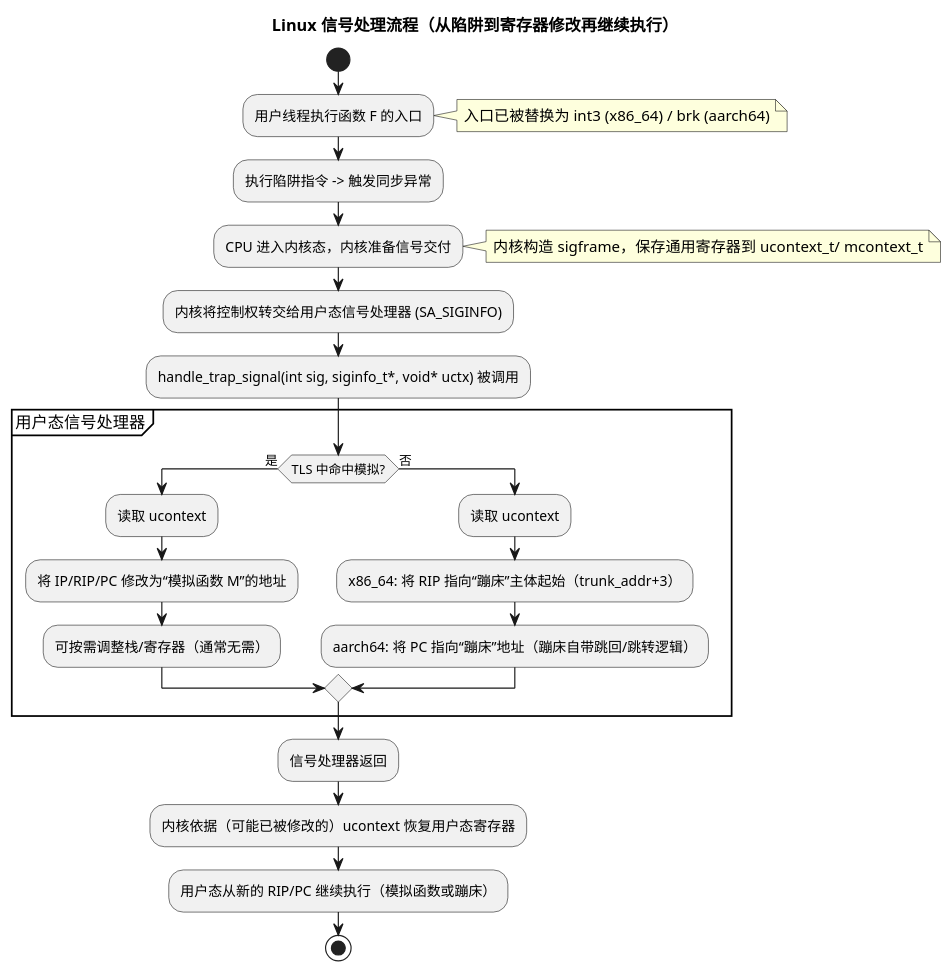
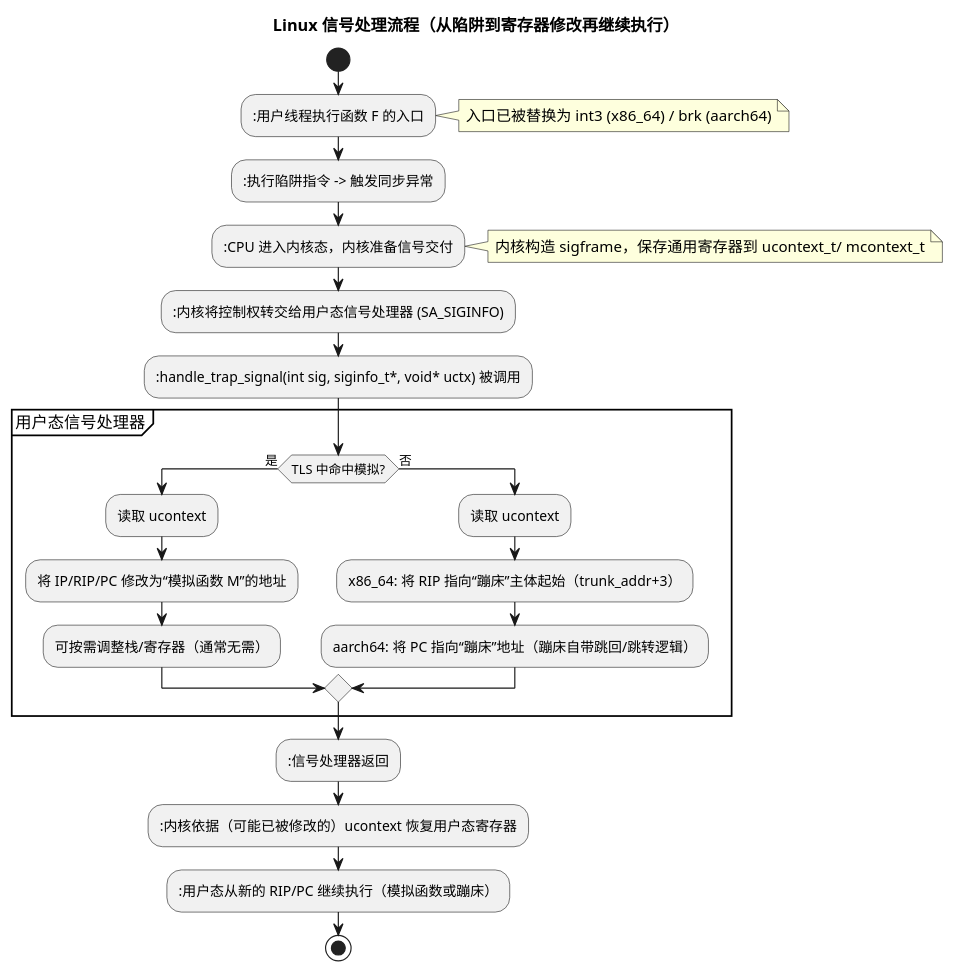
The third of 6 diagrams in doc/方案介绍-mockrs-超越Trait的自由函数模拟与线程安全.md (skyfireitdiy/mockrs), drawn with PlantUML before and after one commit. The commit also changed other lines of this file, not shown here.

````diff
--- a/doc/方案介绍-mockrs-超越Trait的自由函数模拟与线程安全.md
+++ b/doc/方案介绍-mockrs-超越Trait的自由函数模拟与线程安全.md
@@ -171,34 +171,34 @@
 ```plantuml
 @startuml
 title Linux 信号处理流程（从陷阱到寄存器修改再继续执行）
 
 start
-:用户线程执行函数 F 的入口;
+::用户线程执行函数 F 的入口;
 note right: 入口已被替换为 int3 (x86_64) / brk (aarch64)
 
-:执行陷阱指令 -> 触发同步异常;
-:CPU 进入内核态，内核准备信号交付;
+::执行陷阱指令 -> 触发同步异常;
+::CPU 进入内核态，内核准备信号交付;
 note right: 内核构造 sigframe，保存通用寄存器到 ucontext_t/ mcontext_t
 
-:内核将控制权转交给用户态信号处理器 (SA_SIGINFO);
-:handle_trap_signal(int sig, siginfo_t*, void* uctx) 被调用;
+::内核将控制权转交给用户态信号处理器 (SA_SIGINFO);
+::handle_trap_signal(int sig, siginfo_t*, void* uctx) 被调用;
 
 partition "用户态信号处理器" {
   if (TLS 中命中模拟?) then (是)
     :读取 ucontext;
     :将 IP/RIP/PC 修改为“模拟函数 M”的地址;
     :可按需调整栈/寄存器（通常无需）;
   else (否)
     :读取 ucontext;
     :x86_64: 将 RIP 指向“蹦床”主体起始（trunk_addr+3）;
     :aarch64: 将 PC 指向“蹦床”地址（蹦床自带跳回/跳转逻辑）;
   endif
 }
 
-:信号处理器返回;
-:内核依据（可能已被修改的）ucontext 恢复用户态寄存器;
-:用户态从新的 RIP/PC 继续执行（模拟函数或蹦床）;
+::信号处理器返回;
+::内核依据（可能已被修改的）ucontext 恢复用户态寄存器;
+::用户态从新的 RIP/PC 继续执行（模拟函数或蹦床）;
 stop
 
 @enduml
 ```
````
